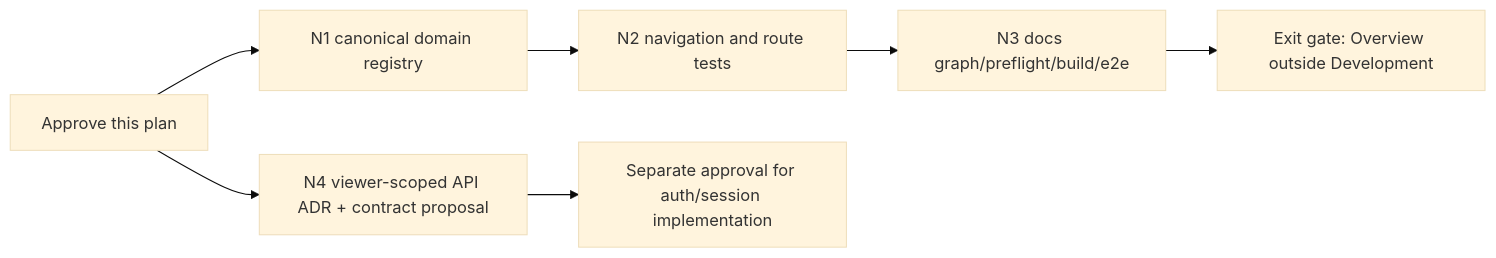
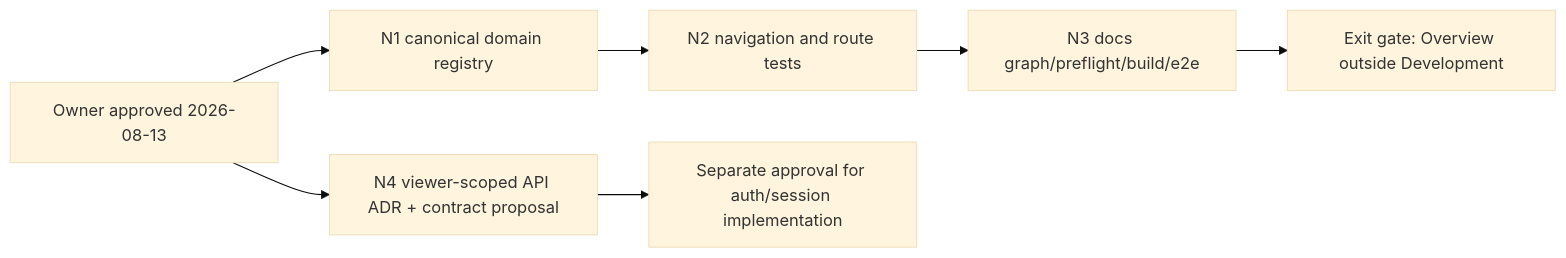
The diagram in docs/roadmap/PLAN-NEXT-BUSINESS-NAVIGATION-AND-VIEWER-CONTRACT.md (Freshair129/zuri.ai), drawn with Mermaid (base theme) before and after one commit. The commit also changed other lines of this file and 17 other files, not shown here.

````diff
--- a/docs/roadmap/PLAN-NEXT-BUSINESS-NAVIGATION-AND-VIEWER-CONTRACT.md
+++ b/docs/roadmap/PLAN-NEXT-BUSINESS-NAVIGATION-AND-VIEWER-CONTRACT.md
@@ -47,9 +47,9 @@
 ```mermaid
 flowchart LR
-  A[Approve this plan] --> B[N1 canonical domain registry]
+A[Owner approved 2026-08-13] --> B[N1 canonical domain registry]
   B --> C[N2 navigation and route tests]
   C --> D[N3 docs graph/preflight/build/e2e]
   D --> E[Exit gate: Overview outside Development]
   A --> F[N4 viewer-scoped API ADR + contract proposal]
   F --> G[Separate approval for auth/session implementation]
 ```
````
